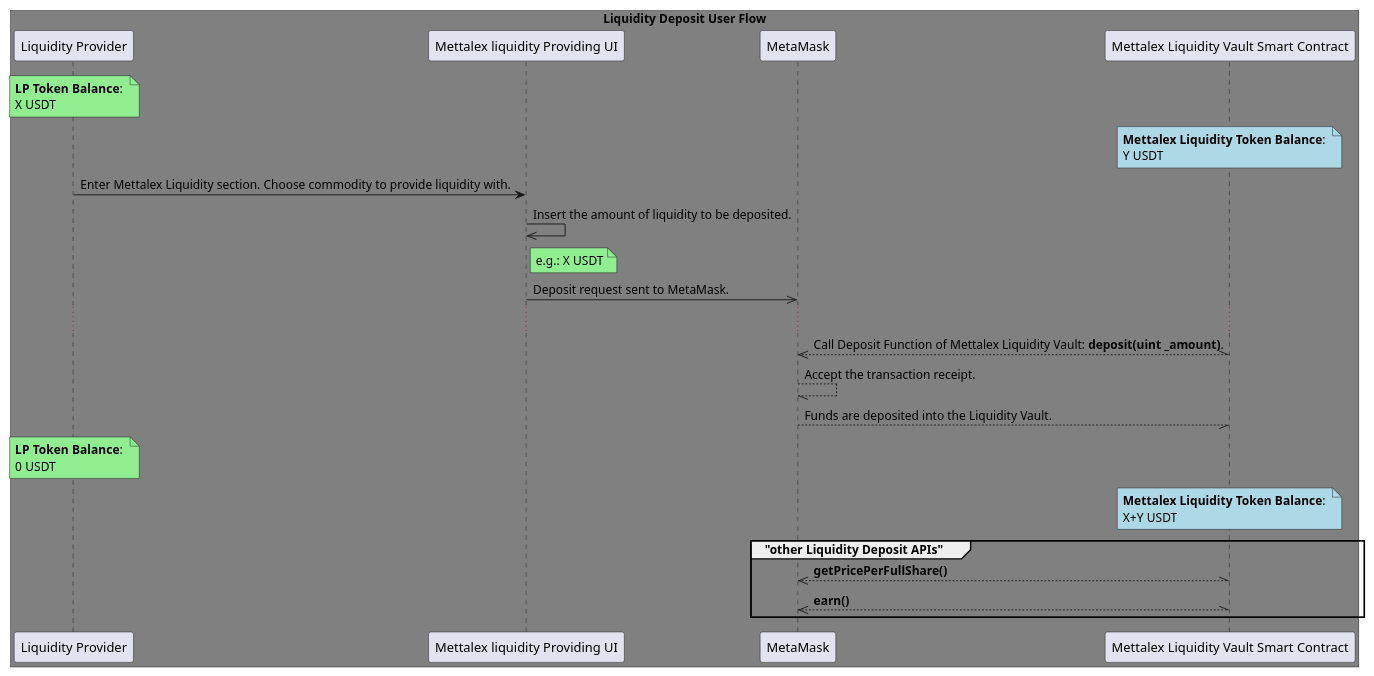
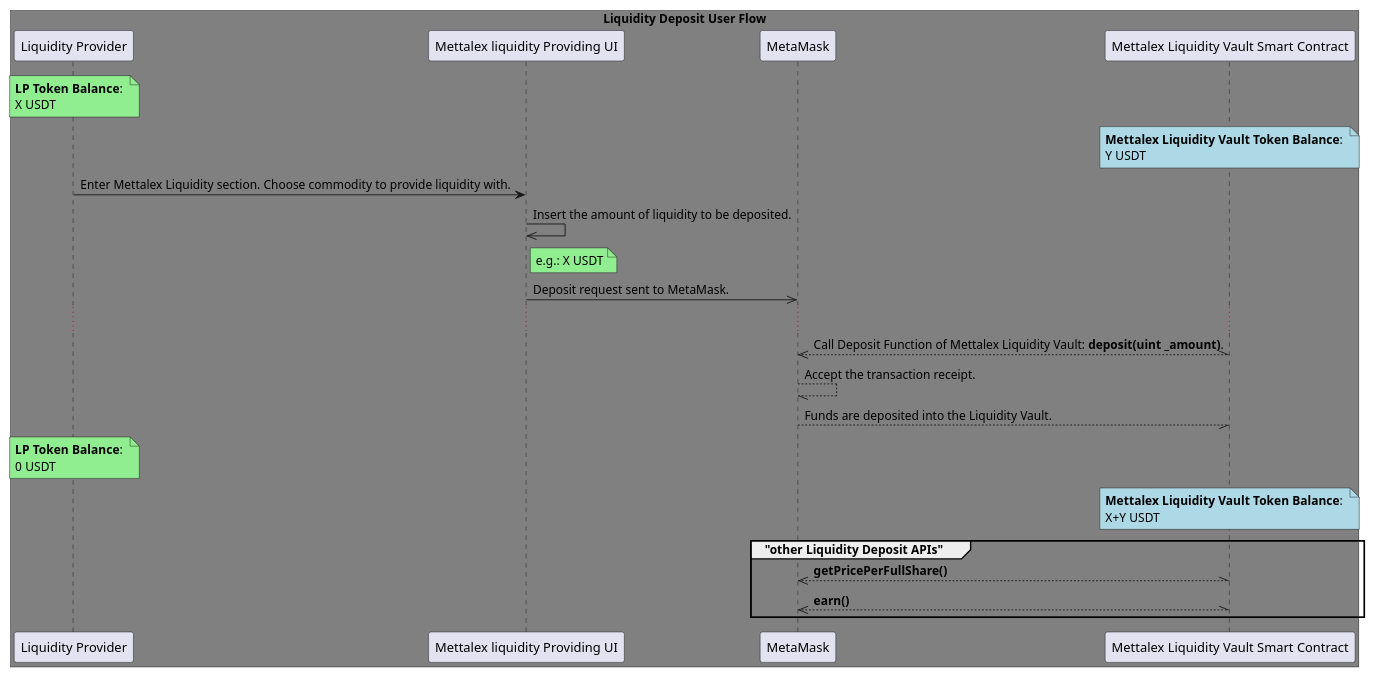
One commit to fetchai/mettalex-documentation changed the diagram in PlantUML and png diagrams/Deposit APIs.puml. Above: the diagram before and after it, drawn with PlantUML.

Commit message:
PlantUML Diagrams

```diff
--- a/PlantUML and png diagrams/Deposit APIs.puml
+++ b/PlantUML and png diagrams/Deposit APIs.puml
@@ -1,33 +1,35 @@
 @startuml
 
 box "Liquidity Deposit User Flow" #grey
 participant "Liquidity Provider" as LP
 participant "Mettalex liquidity Providing UI" as LPUI
 participant "MetaMask" as MM
 participant "Mettalex Liquidity Vault Smart Contract" as LVSM
 
 end box
 
 note over LP #lightgreen: **LP Token Balance**: \nX USDT
-note over LVSM #lightblue: **Mettalex Liquidity Token Balance**: \nY USDT
+note over LVSM #lightblue: **Mettalex Liquidity Vault Token Balance**: \nY USDT
 
 LP -> LPUI: Enter Mettalex Liquidity section. Choose commodity to provide liquidity with.
 LPUI ->> LPUI: Insert the amount of liquidity to be deposited.
 
 note right of LPUI #lightgreen: e.g.: X USDT
+
 LPUI ->> MM: Deposit request sent to MetaMask.
 ...
 MM //--\\ LVSM: Call Deposit Function of Mettalex Liquidity Vault: **deposit(uint _amount)**.
 MM --// MM: Accept the transaction receipt.
 MM --// LVSM:  Funds are deposited into the Liquidity Vault.
+
 note over LP #lightgreen: **LP Token Balance**: \n0 USDT
-note over LVSM #lightblue: **Mettalex Liquidity Token Balance**: \nX+Y USDT
+note over LVSM #lightblue: **Mettalex Liquidity Vault Token Balance**: \nX+Y USDT
 
 group "other Liquidity Deposit APIs"
 MM //--\\ LVSM: **getPricePerFullShare()**
 MM //--\\ LVSM: **earn()**
 
 end group
 
 
 @enduml
```
